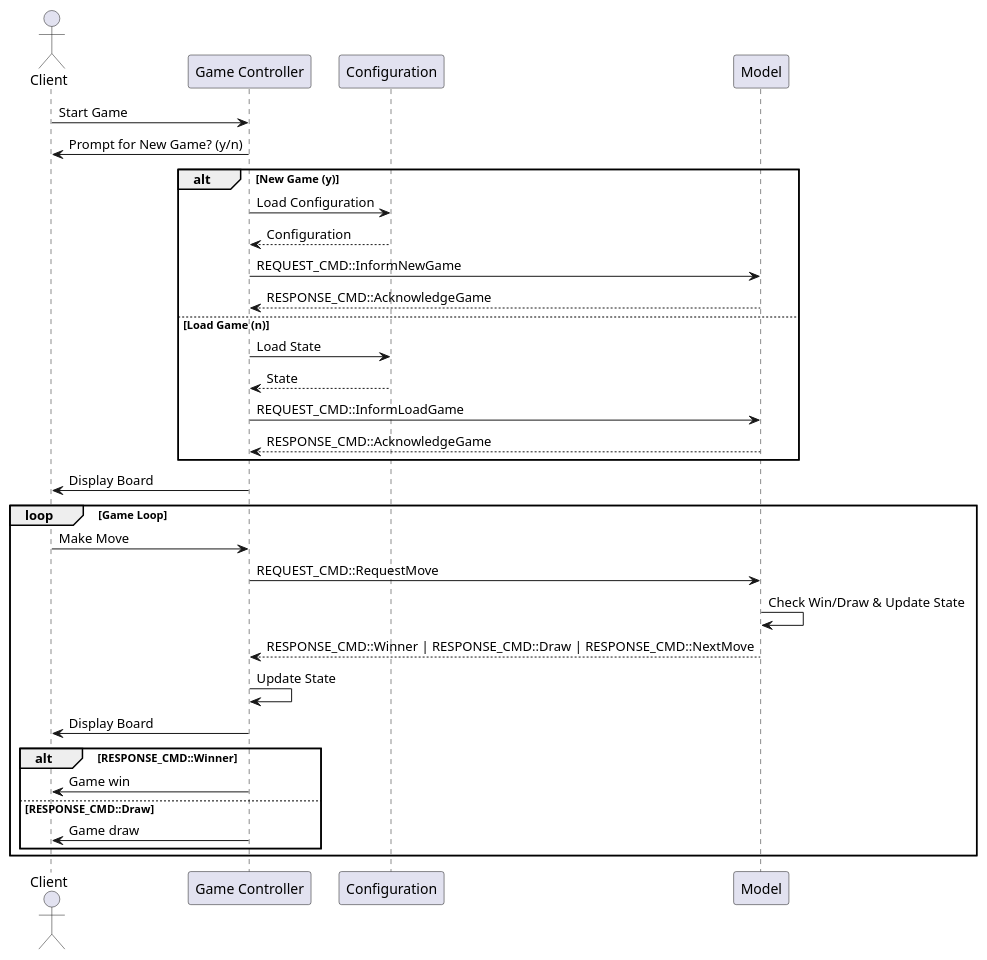
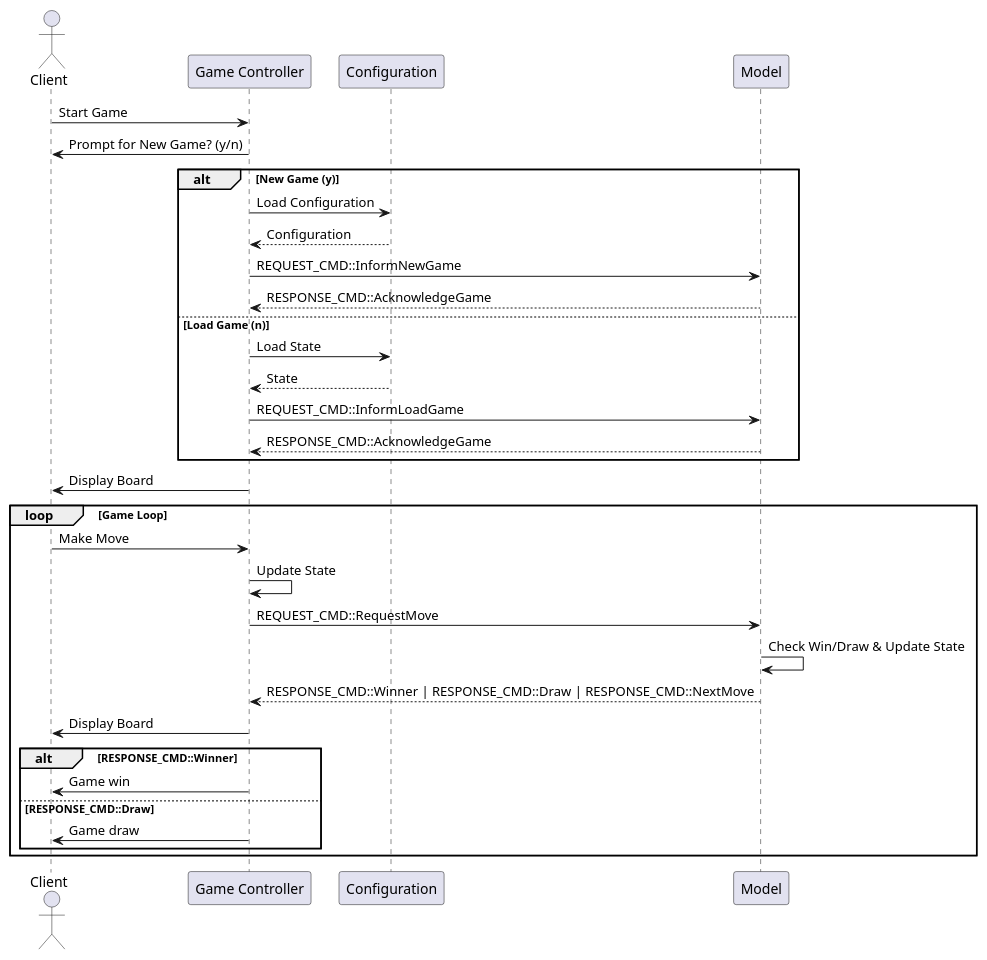
The diagram in architecture.plantuml (SPiskurskyi/csad2425ki404piskurskyisv15), drawn with PlantUML before and after one commit. The commit also changed other lines of this file and 17 other files, not shown here.

```diff
--- a/architecture.plantuml
+++ b/architecture.plantuml
@@ -1,38 +1,38 @@
 @startuml
 actor Client as SW
 participant "Game Controller" as Controller
 participant "Configuration" as CONF
 participant "Model" as HW
 
 SW -> Controller : Start Game
 Controller -> SW : Prompt for New Game? (y/n)
 
 alt New Game (y)
     Controller -> CONF : Load Configuration
     CONF --> Controller : Configuration
     Controller -> HW: REQUEST_CMD::InformNewGame
     HW --> Controller : RESPONSE_CMD::AcknowledgeGame
 else Load Game (n)
     Controller -> CONF : Load State
     CONF --> Controller : State
     Controller -> HW: REQUEST_CMD::InformLoadGame
     HW --> Controller : RESPONSE_CMD::AcknowledgeGame
 end
 
 
 Controller -> SW : Display Board
 
 loop Game Loop
     SW -> Controller : Make Move
+    Controller -> Controller : Update State
     Controller -> HW : REQUEST_CMD::RequestMove
     HW -> HW : Check Win/Draw & Update State
     HW --> Controller : RESPONSE_CMD::Winner | RESPONSE_CMD::Draw | RESPONSE_CMD::NextMove
-    Controller -> Controller : Update State
     Controller -> SW : Display Board
     alt RESPONSE_CMD::Winner
         Controller -> SW : Game win
     else RESPONSE_CMD::Draw
         Controller -> SW : Game draw
     end
 end
 @enduml
```
